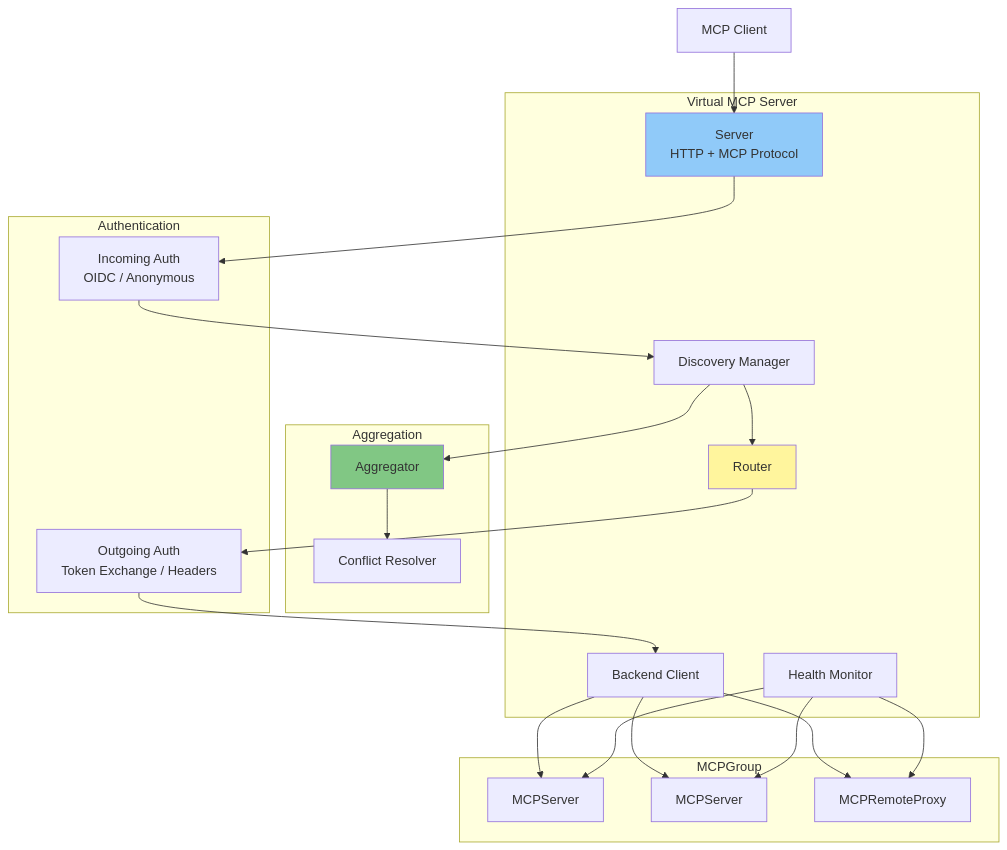
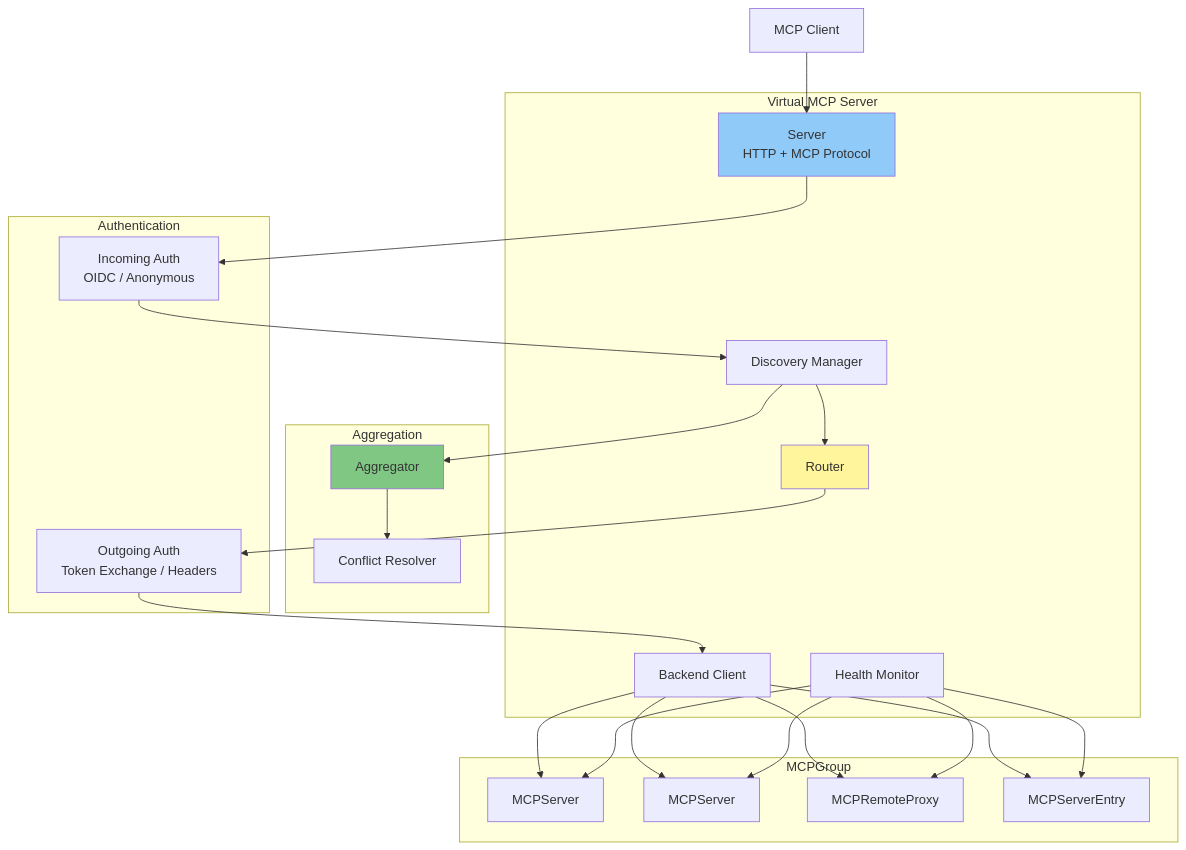
The first of 6 diagrams in docs/arch/10-virtual-mcp-architecture.md (stacklok/toolhive), drawn with Mermaid before and after one commit. The commit also changed other lines of this file and 7 other files, not shown here.

````diff
--- a/docs/arch/10-virtual-mcp-architecture.md
+++ b/docs/arch/10-virtual-mcp-architecture.md
@@ -20,45 +20,48 @@
 ```mermaid
 graph TB
     subgraph "Virtual MCP Server"
         Server[Server<br/>HTTP + MCP Protocol]
         Discovery[Discovery Manager]
         Router[Router]
         BackendClient[Backend Client]
         Health[Health Monitor]
     end
 
     subgraph "Aggregation"
         Aggregator[Aggregator]
         Conflict[Conflict Resolver]
     end
 
     subgraph "Authentication"
         InAuth[Incoming Auth<br/>OIDC / Anonymous]
         OutAuth[Outgoing Auth<br/>Token Exchange / Headers]
     end
 
     subgraph "MCPGroup"
         B1[MCPServer]
         B2[MCPServer]
         B3[MCPRemoteProxy]
+        B4[MCPServerEntry]
     end
 
     Client[MCP Client] --> Server
     Server --> InAuth
     InAuth --> Discovery
     Discovery --> Aggregator
     Aggregator --> Conflict
     Discovery --> Router
     Router --> OutAuth
     OutAuth --> BackendClient
     BackendClient --> B1
     BackendClient --> B2
     BackendClient --> B3
+    BackendClient --> B4
     Health --> B1
     Health --> B2
     Health --> B3
+    Health --> B4
 
     style Server fill:#90caf9
     style Aggregator fill:#81c784
     style Router fill:#fff59d
 ```
````
